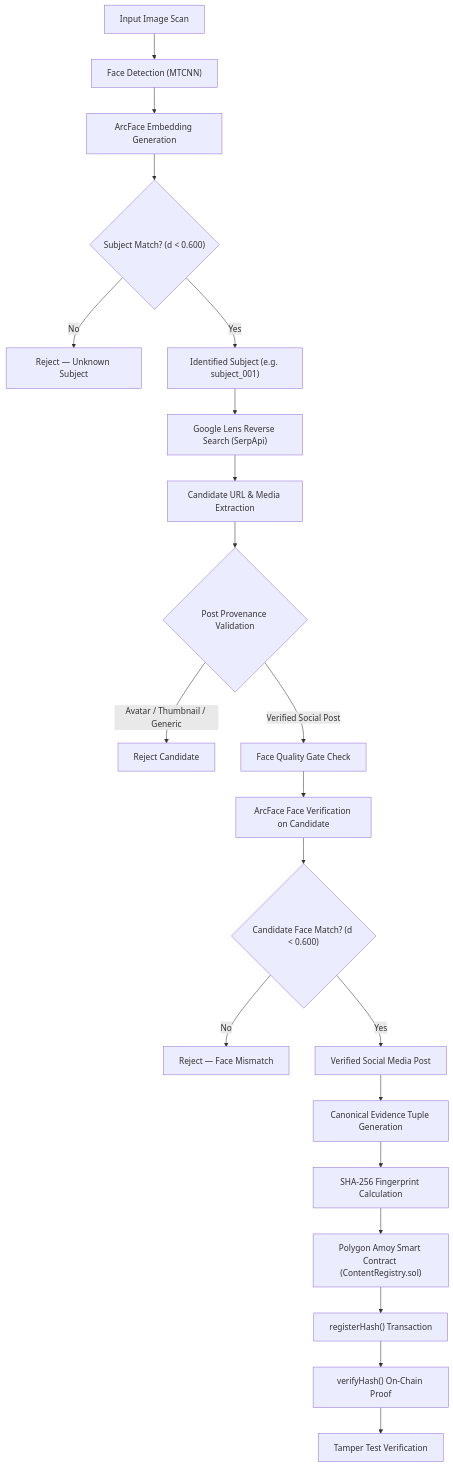
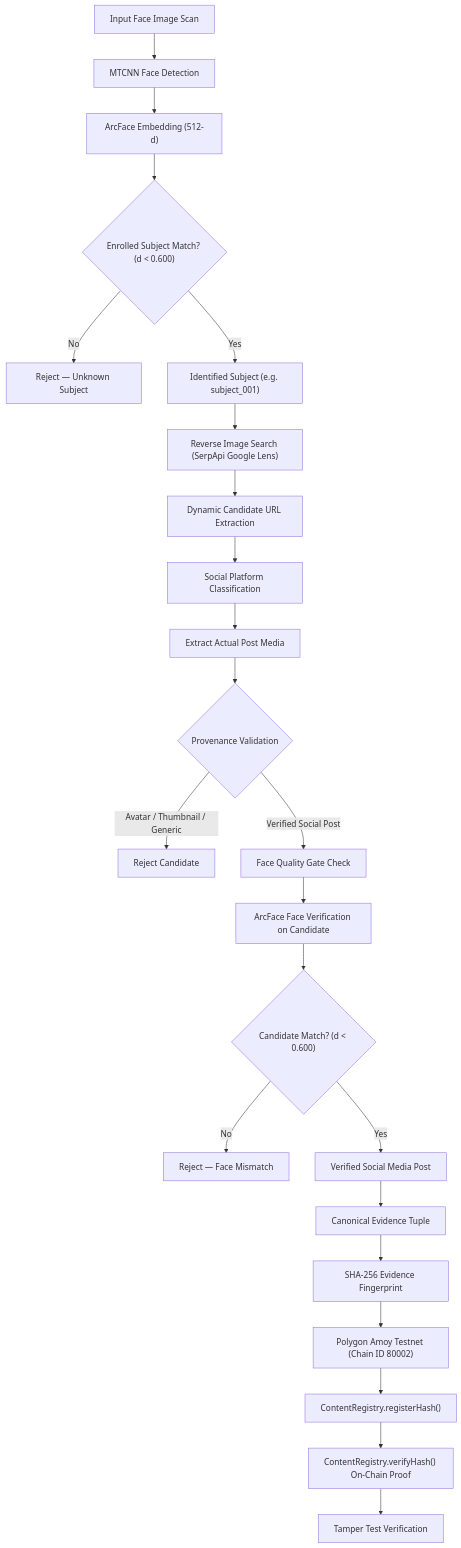
The first of 3 diagrams in README.md (mohdasif-v1/hh-goa2026-task-03), drawn with Mermaid before and after one commit. The commit also changed other lines of this file, not shown here.

````diff
--- a/README.md
+++ b/README.md
@@ -36,23 +56,25 @@
 ```mermaid
 flowchart TD
-    A["Input Image Scan"] --> B["Face Detection (MTCNN)"]
-    B --> C["ArcFace Embedding Generation"]
-    C --> D{"Subject Match? (d < 0.600)"}
+    A["Input Face Image Scan"] --> B["MTCNN Face Detection"]
+    B --> C["ArcFace Embedding (512-d)"]
+    C --> D{"Enrolled Subject Match? (d < 0.600)"}
     D -- No --> E["Reject — Unknown Subject"]
     D -- Yes --> F["Identified Subject (e.g. subject_001)"]
-    F --> G["Google Lens Reverse Search (SerpApi)"]
-    G --> H["Candidate URL & Media Extraction"]
-    H --> I{"Post Provenance Validation"}
-    I -- Avatar / Thumbnail / Generic --> J["Reject Candidate"]
-    I -- Verified Social Post --> K["Face Quality Gate Check"]
-    K --> L["ArcFace Face Verification on Candidate"]
-    L --> M{"Candidate Face Match? (d < 0.600)"}
-    M -- No --> N["Reject — Face Mismatch"]
-    M -- Yes --> O["Verified Social Media Post"]
-    O --> P["Canonical Evidence Tuple Generation"]
-    P --> Q["SHA-256 Fingerprint Calculation"]
-    Q --> R["Polygon Amoy Smart Contract (ContentRegistry.sol)"]
-    R --> S["registerHash() Transaction"]
-    S --> T["verifyHash() On-Chain Proof"]
-    T --> U["Tamper Test Verification"]
+    F --> G["Reverse Image Search (SerpApi Google Lens)"]
+    G --> H["Dynamic Candidate URL Extraction"]
+    H --> I["Social Platform Classification"]
+    I --> J["Extract Actual Post Media"]
+    J --> K{"Provenance Validation"}
+    K -- Avatar / Thumbnail / Generic --> L["Reject Candidate"]
+    K -- Verified Social Post --> M["Face Quality Gate Check"]
+    M --> N["ArcFace Face Verification on Candidate"]
+    N --> O{"Candidate Match? (d < 0.600)"}
+    O -- No --> P["Reject — Face Mismatch"]
+    O -- Yes --> Q["Verified Social Media Post"]
+    Q --> R["Canonical Evidence Tuple"]
+    R --> S["SHA-256 Evidence Fingerprint"]
+    S --> T["Polygon Amoy Testnet (Chain ID 80002)"]
+    T --> U["ContentRegistry.registerHash()"]
+    U --> V["ContentRegistry.verifyHash() On-Chain Proof"]
+    V --> W["Tamper Test Verification"]
 ```
````
